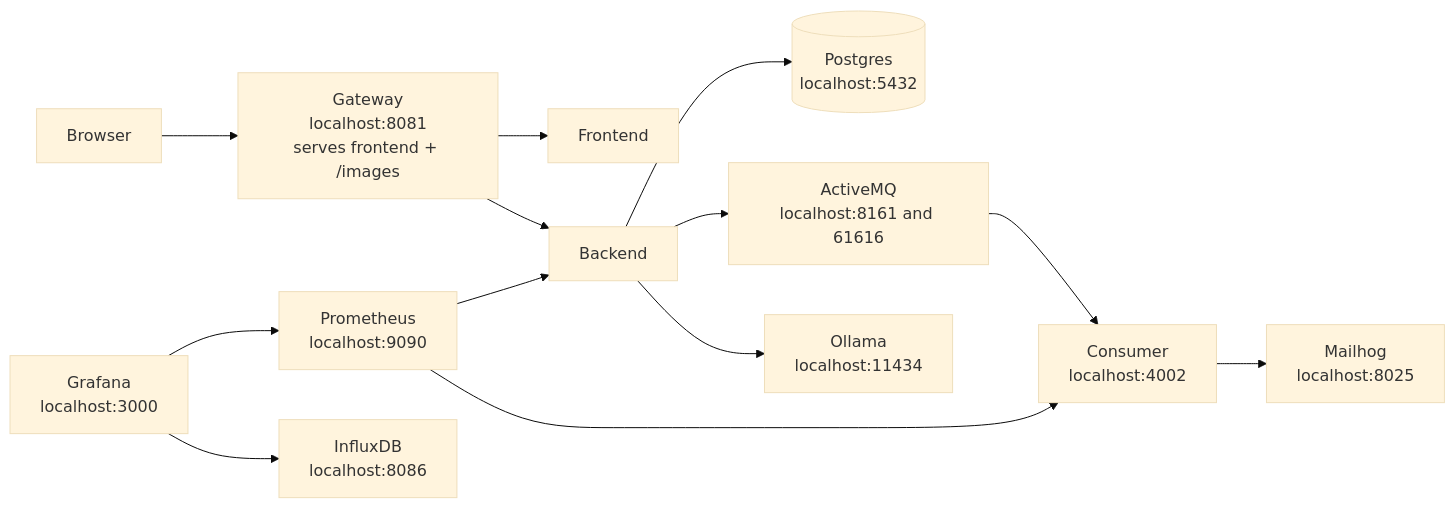
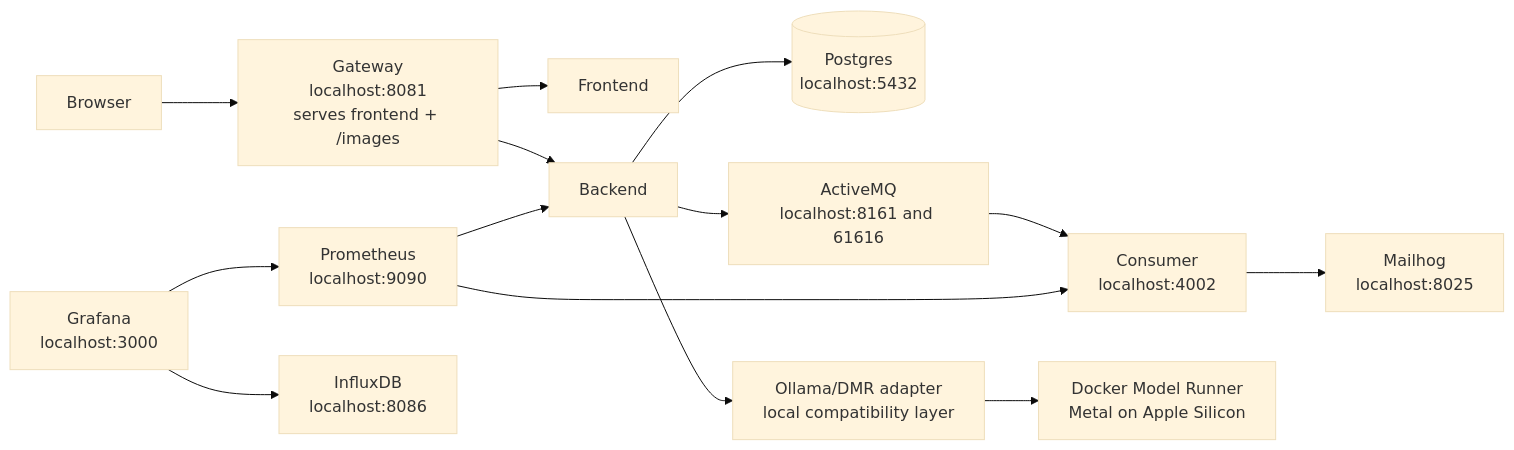
The second of 3 diagrams in README.md (slawekradzyminski/awesome-localstack), drawn with Mermaid (base theme) before and after one commit. The commit also changed other lines of this file and 9 other files, not shown here.

Commit message:
use Bonsai through Docker Model Runner

````diff
--- a/README.md
+++ b/README.md
@@ -205,28 +213,30 @@
 ```mermaid
 flowchart LR
     U[Browser]
     G[Gateway<br/>localhost:8081<br/>serves frontend + /images]
     F[Frontend]
     B[Backend]
     DB[(Postgres<br/>localhost:5432)]
     MQ[ActiveMQ<br/>localhost:8161 and 61616]
     C[Consumer<br/>localhost:4002]
     M[Mailhog<br/>localhost:8025]
-    O[Ollama<br/>localhost:11434]
+    A[Ollama/DMR adapter<br/>local compatibility layer]
+    O[Docker Model Runner<br/>Metal on Apple Silicon]
     P[Prometheus<br/>localhost:9090]
     GR[Grafana<br/>localhost:3000]
     I[InfluxDB<br/>localhost:8086]
 
     U --> G
     G --> F
     G --> B
     B --> DB
     B --> MQ
     MQ --> C
     C --> M
-    B --> O
+    B --> A
+    A --> O
     P --> B
     P --> C
     GR --> P
     GR --> I
 ```
````
